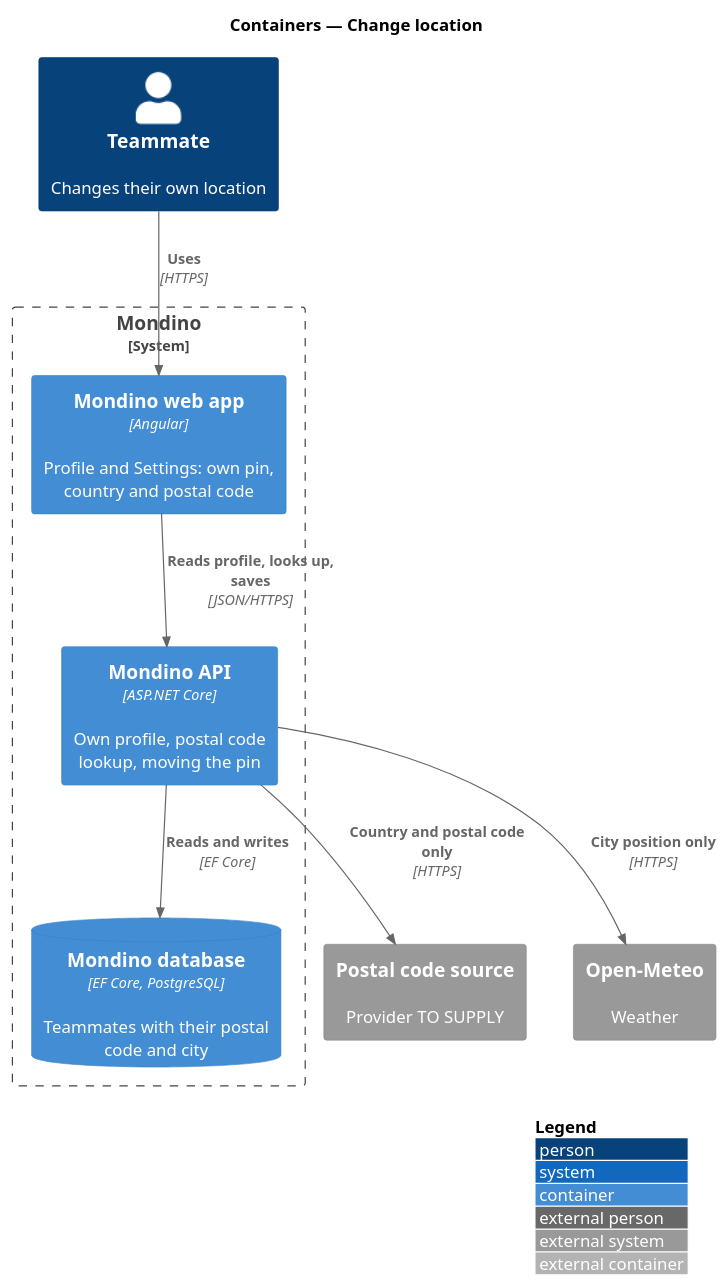
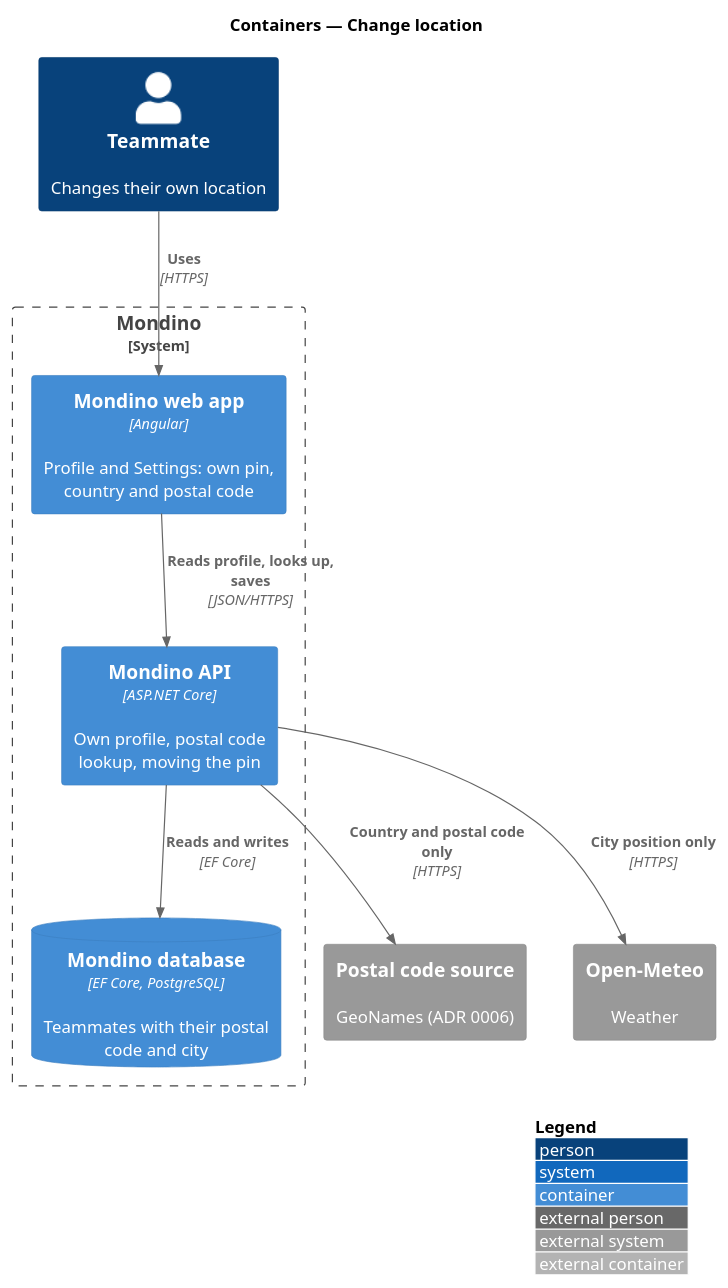
Before and after one commit to QuinntyneBrown/Mondino: the diagram in docs/detailed-designs/profile/change-location/diagrams/c4-container.puml, drawn with PlantUML. The commit also changed 17 other files, not shown here.

```diff
--- a/docs/detailed-designs/profile/change-location/diagrams/c4-container.puml
+++ b/docs/detailed-designs/profile/change-location/diagrams/c4-container.puml
@@ -1,20 +1,20 @@
 @startuml
 !include <C4/C4_Container>
 LAYOUT_WITH_LEGEND()
 title Containers — Change location
 
 Person(teammate, "Teammate", "Changes their own location")
 System_Boundary(mondino, "Mondino") {
   Container(spa, "Mondino web app", "Angular", "Profile and Settings: own pin, country and postal code")
   Container(api, "Mondino API", "ASP.NET Core", "Own profile, postal code lookup, moving the pin")
   ContainerDb(db, "Mondino database", "EF Core, PostgreSQL", "Teammates with their postal code and city")
 }
-System_Ext(postal, "Postal code source", "Provider TO SUPPLY")
+System_Ext(postal, "Postal code source", "GeoNames (ADR 0006)")
 System_Ext(meteo, "Open-Meteo", "Weather")
 
 Rel(teammate, spa, "Uses", "HTTPS")
 Rel(spa, api, "Reads profile, looks up, saves", "JSON/HTTPS")
 Rel(api, db, "Reads and writes", "EF Core")
 Rel(api, postal, "Country and postal code only", "HTTPS")
 Rel(api, meteo, "City position only", "HTTPS")
 @enduml
```
